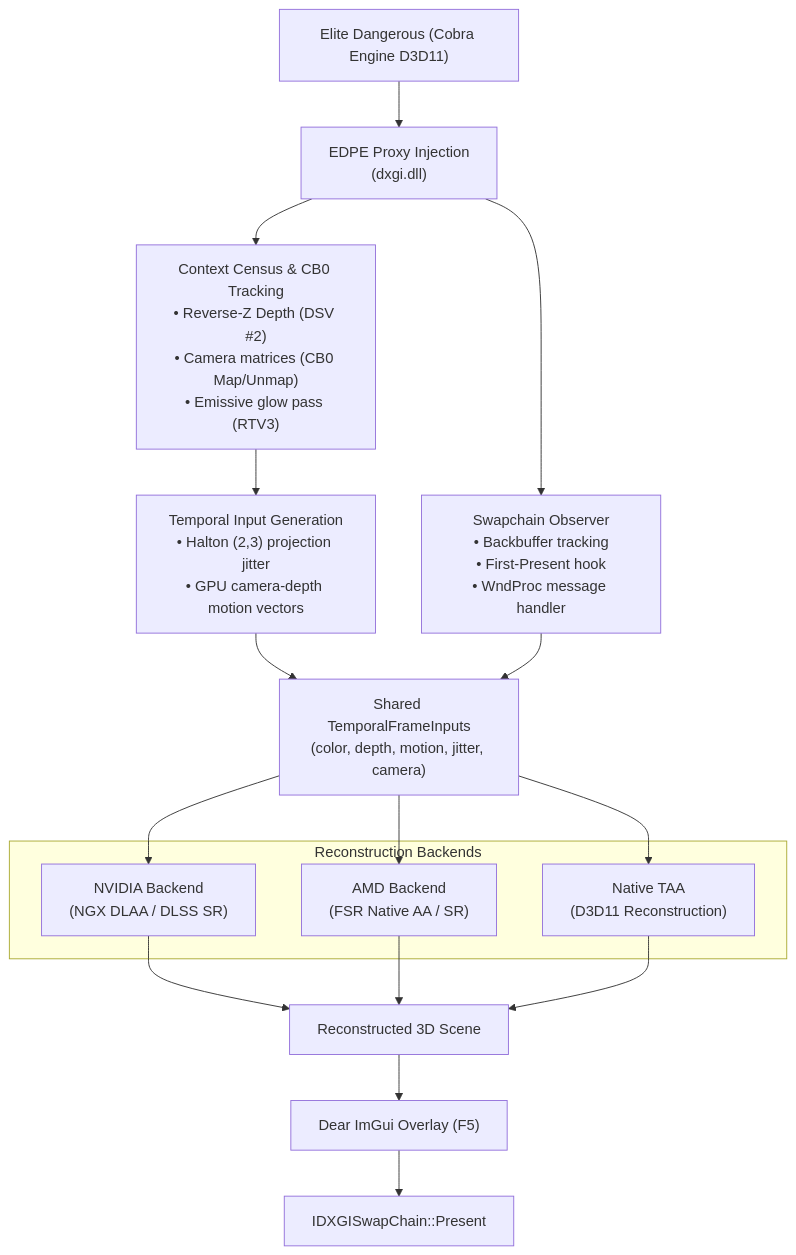
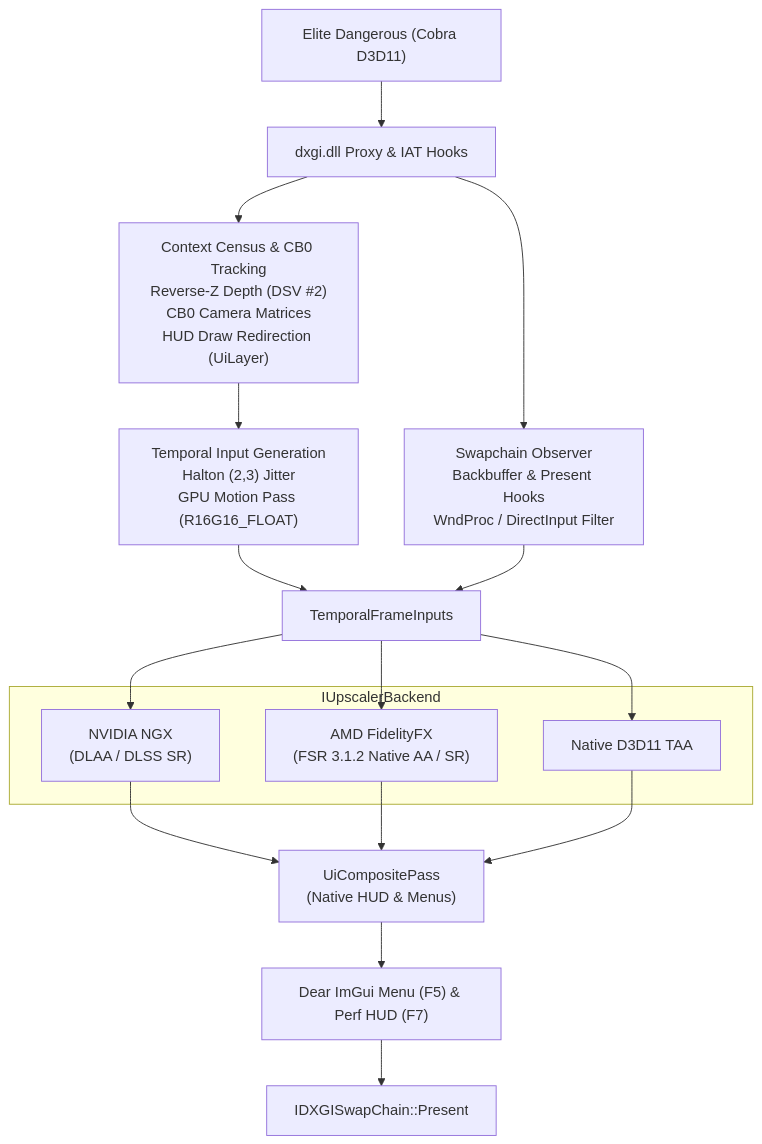
One commit to filispeen/EDPE changed the diagram in README.md. Above: the diagram before and after it, drawn with Mermaid. The commit also changed other lines of this file, not shown here.

Commit message:
refactor README.md to streamline project description and enhance clarity on features and architecture

````diff
--- a/README.md
+++ b/README.md
@@ -92,29 +33,29 @@
 ```mermaid
 flowchart TD
-    Game["Elite Dangerous (Cobra Engine D3D11)"] --> Proxy["EDPE Proxy Injection<br/>(dxgi.dll)"]
+    Game["Elite Dangerous (Cobra D3D11)"] --> Proxy["dxgi.dll Proxy & IAT Hooks"]
 
-    Proxy --> Census["Context Census & CB0 Tracking<br/>• Reverse-Z Depth (DSV #2)<br/>• Camera matrices (CB0 Map/Unmap)<br/>• Emissive glow pass (RTV3)"]
-    Proxy --> Swapchain["Swapchain Observer<br/>• Backbuffer tracking<br/>• First-Present hook<br/>• WndProc message handler"]
+    Proxy --> Census["Context Census & CB0 Tracking<br/>Reverse-Z Depth (DSV #2)<br/>CB0 Camera Matrices<br/>HUD Draw Redirection (UiLayer)"]
+    Proxy --> Swapchain["Swapchain Observer<br/>Backbuffer & Present Hooks<br/>WndProc / DirectInput Filter"]
 
-    Census --> TemporalGen["Temporal Input Generation<br/>• Halton (2,3) projection jitter<br/>• GPU camera-depth motion vectors"]
+    Census --> TemporalGen["Temporal Input Generation<br/>Halton (2,3) Jitter<br/>GPU Motion Pass (R16G16_FLOAT)"]
 
-    TemporalGen --> SharedInputs["Shared TemporalFrameInputs<br/>(color, depth, motion, jitter, camera)"]
+    TemporalGen --> SharedInputs["TemporalFrameInputs"]
     Swapchain --> SharedInputs
 
-    subgraph Backends ["Reconstruction Backends"]
-        Nvidia["NVIDIA Backend<br/>(NGX DLAA / DLSS SR)"]
-        Amd["AMD Backend<br/>(FSR Native AA / SR)"]
-        Taa["Native TAA<br/>(D3D11 Reconstruction)"]
+    subgraph Backends ["IUpscalerBackend"]
+        Nvidia["NVIDIA NGX<br/>(DLAA / DLSS SR)"]
+        Amd["AMD FidelityFX<br/>(FSR 3.1.2 Native AA / SR)"]
+        Taa["Native D3D11 TAA"]
     end
 
     SharedInputs --> Nvidia
     SharedInputs --> Amd
     SharedInputs --> Taa
 
-    Nvidia --> Reconstructed["Reconstructed 3D Scene"]
-    Amd --> Reconstructed
-    Taa --> Reconstructed
+    Nvidia --> Composite["UiCompositePass<br/>(Native HUD & Menus)"]
+    Amd --> Composite
+    Taa --> Composite
 
-    Reconstructed --> ImGui["Dear ImGui Overlay (F5)"]
+    Composite --> ImGui["Dear ImGui Menu (F5) & Perf HUD (F7)"]
     ImGui --> Present["IDXGISwapChain::Present"]
 ```
````
